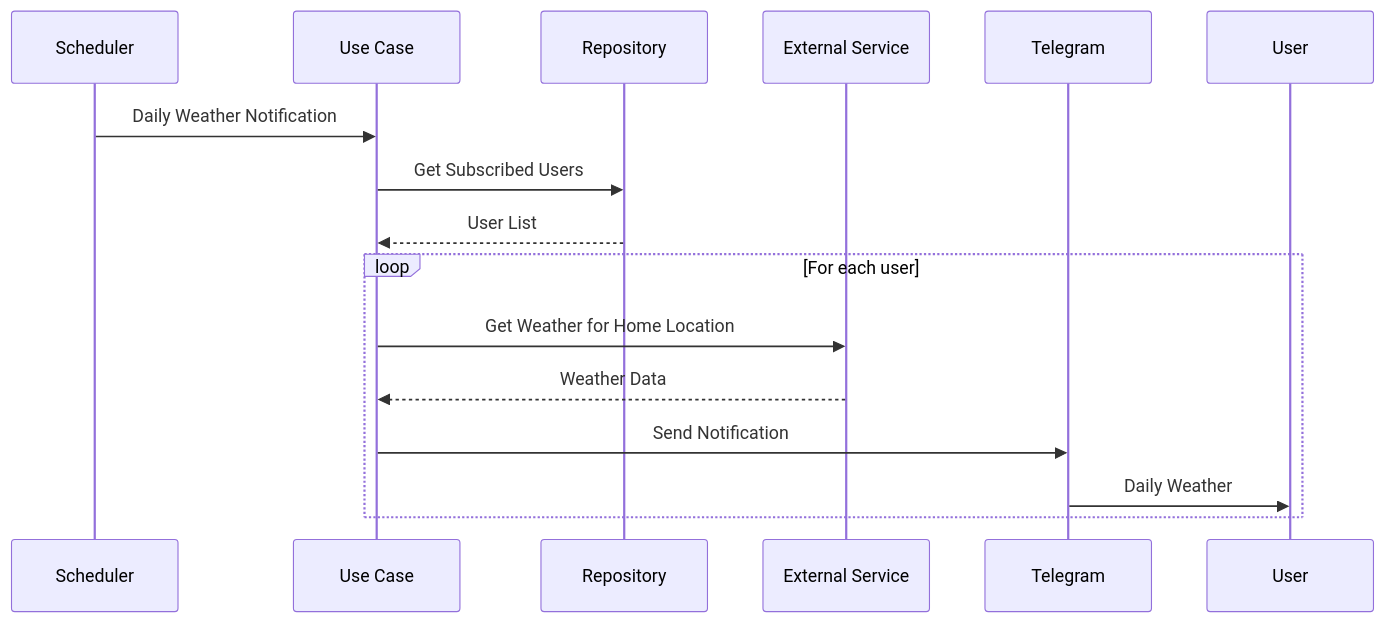
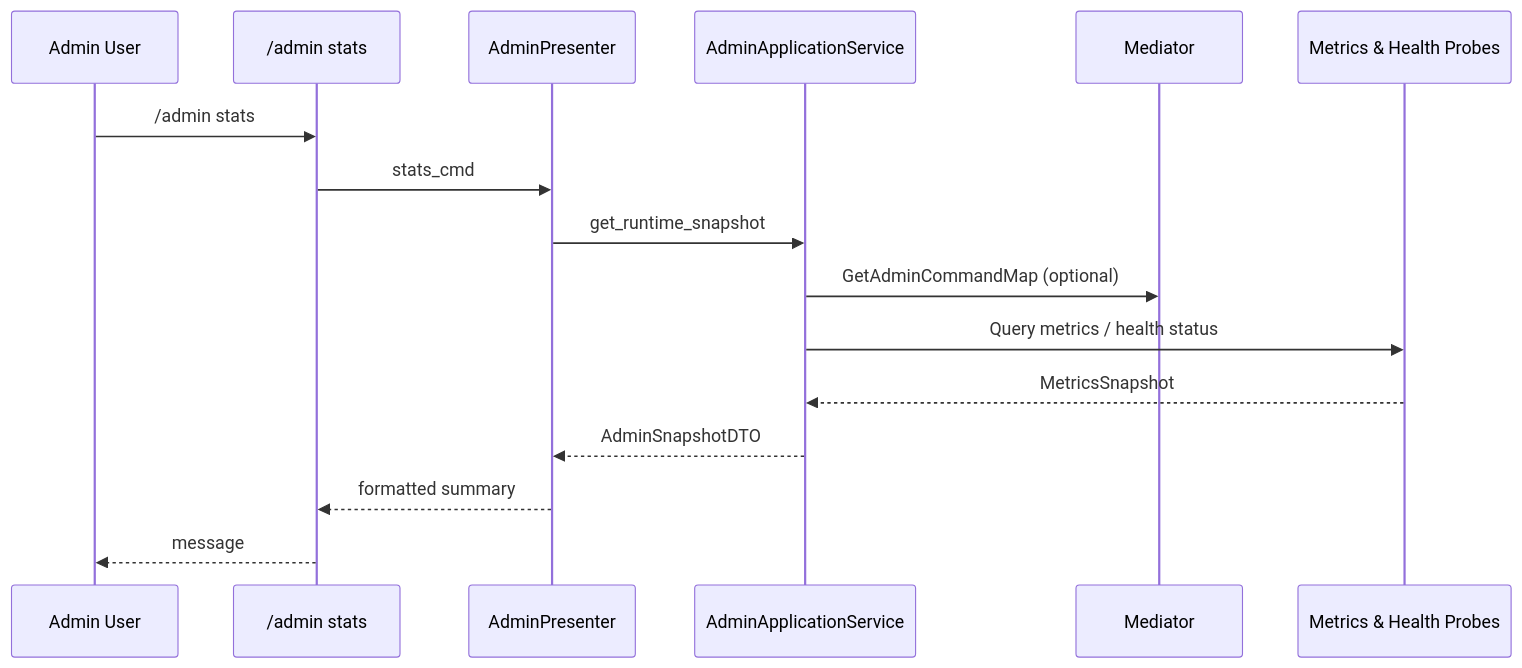
Before and after one commit to frushanto/telegram-weather-bot-pub: the sixth of 6 diagrams in ARCHITECTURE.md, drawn with Mermaid. The commit also changed other lines of this file and 89 other files, not shown here.

````diff
--- a/ARCHITECTURE.md
+++ b/ARCHITECTURE.md
@@ -212,19 +458,19 @@
 ```mermaid
 sequenceDiagram
-    participant S as Scheduler
-    participant UC as Use Case
-    participant R as Repository
-    participant ES as External Service
-    participant TG as Telegram
-    participant U as User
-    
-    S->>UC: Daily Weather Notification
-    UC->>R: Get Subscribed Users
-    R-->>UC: User List
-    loop For each user
-        UC->>ES: Get Weather for Home Location
-        ES-->>UC: Weather Data
-        UC->>TG: Send Notification
-        TG->>U: Daily Weather
-    end
+    participant Admin as Admin User
+    participant Handler as /admin stats
+    participant Presenter as AdminPresenter
+    participant AppSvc as AdminApplicationService
+    participant Mediator as Mediator
+    participant Observability as Metrics & Health Probes
+
+    Admin->>Handler: /admin stats
+    Handler->>Presenter: stats_cmd
+    Presenter->>AppSvc: get_runtime_snapshot
+    AppSvc->>Mediator: GetAdminCommandMap (optional)
+    AppSvc->>Observability: Query metrics / health status
+    Observability-->>AppSvc: MetricsSnapshot
+    AppSvc-->>Presenter: AdminSnapshotDTO
+    Presenter-->>Handler: formatted summary
+    Handler-->>Admin: message
 ```
````
